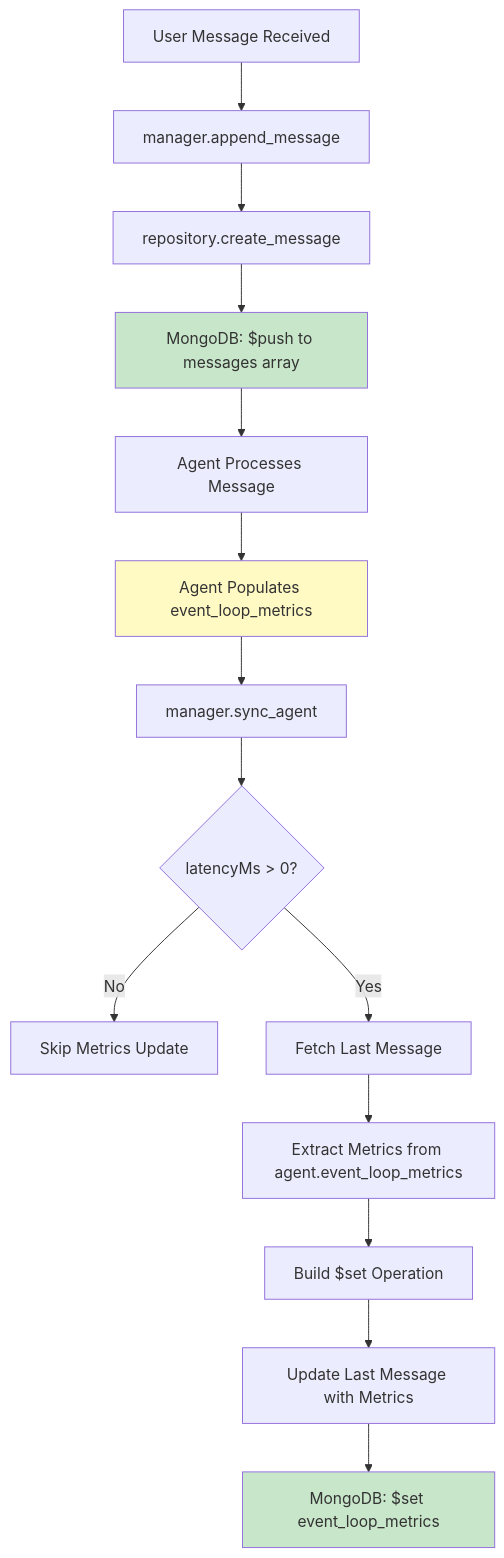
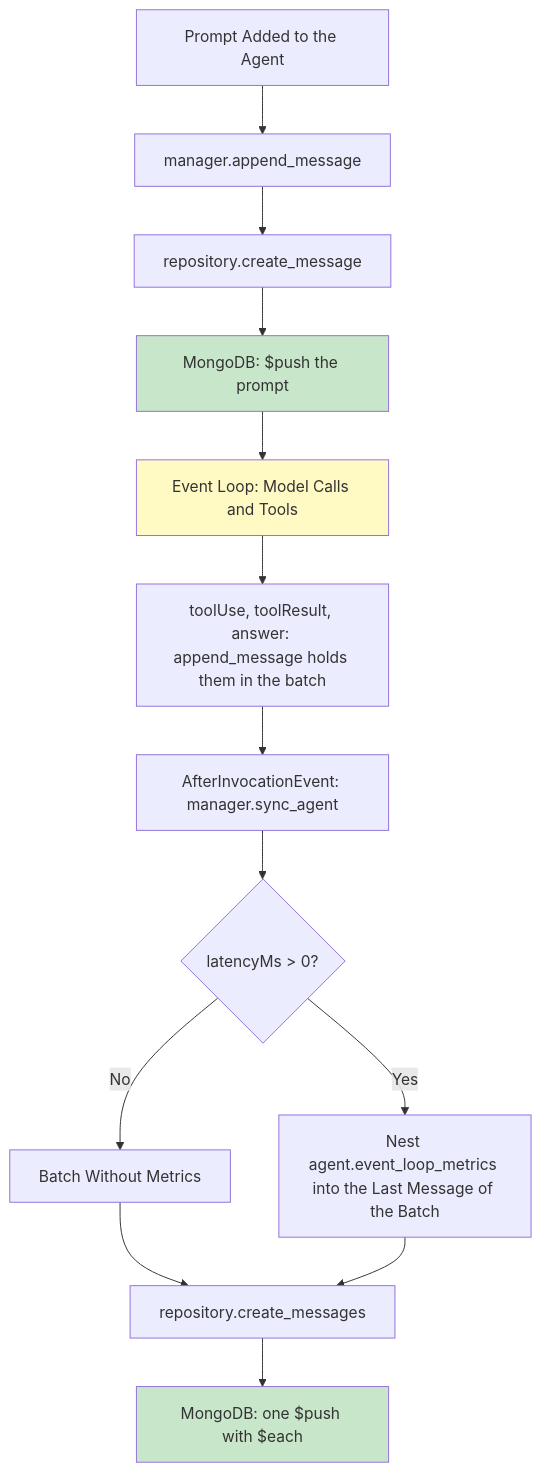
One commit to iguinea/mongodb-session-manager changed the third of 7 diagrams in docs/architecture/overview.md. Above: the diagram before and after it, drawn with Mermaid. The commit also changed other lines of this file and 25 other files, not shown here.

````diff
--- a/docs/architecture/overview.md
+++ b/docs/architecture/overview.md
@@ -456,24 +460,22 @@
 ```mermaid
 flowchart TD
-    A[User Message Received] --> B[manager.append_message]
+    A[Prompt Added to the Agent] --> B[manager.append_message]
     B --> C[repository.create_message]
-    C --> D[MongoDB: $push to messages array]
+    C --> D[MongoDB: $push the prompt]
 
-    D --> E[Agent Processes Message]
-    E --> F[Agent Populates event_loop_metrics]
-
-    F --> G[manager.sync_agent]
+    D --> E[Event Loop: Model Calls and Tools]
+    E --> F[toolUse, toolResult, answer: append_message holds them in the batch]
+    F --> G[AfterInvocationEvent: manager.sync_agent]
     G --> H{latencyMs > 0?}
 
-    H -->|No| I[Skip Metrics Update]
-    H -->|Yes| J[Fetch Last Message]
+    H -->|No| I[Batch Without Metrics]
+    H -->|Yes| J[Nest agent.event_loop_metrics into the Last Message of the Batch]
 
-    J --> K[Extract Metrics from agent.event_loop_metrics]
-    K --> L[Build $set Operation]
-    L --> M[Update Last Message with Metrics]
-    M --> N[MongoDB: $set event_loop_metrics]
+    I --> K[repository.create_messages]
+    J --> K
+    K --> L[MongoDB: one $push with $each]
 
     style D fill:#c8e6c9
-    style N fill:#c8e6c9
-    style F fill:#fff9c4
+    style L fill:#c8e6c9
+    style E fill:#fff9c4
 ```
````
